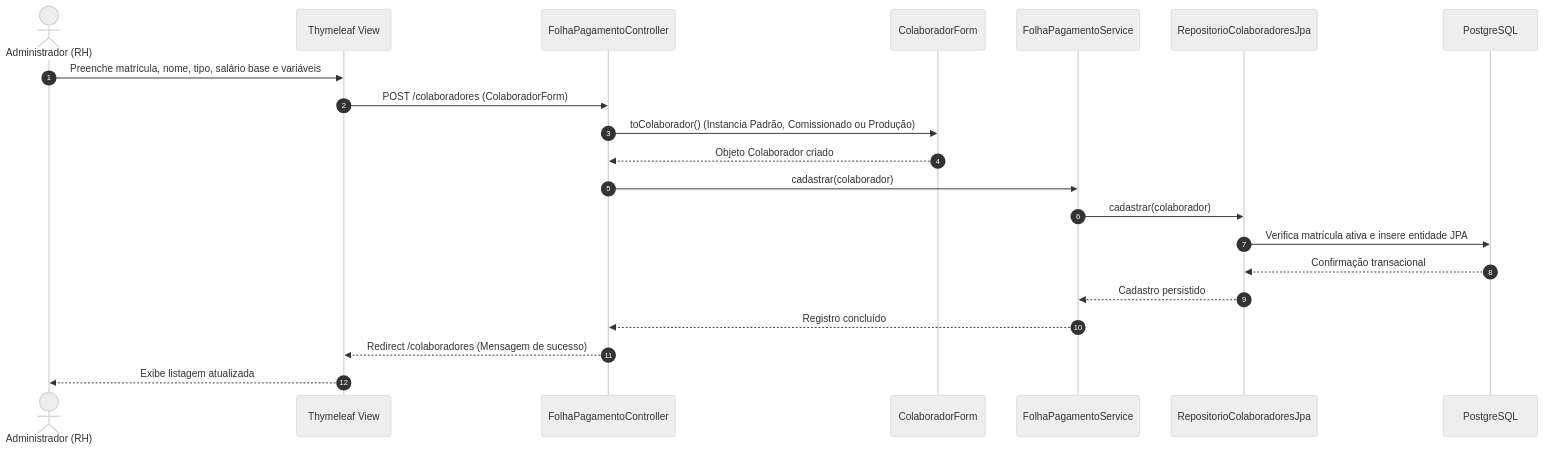
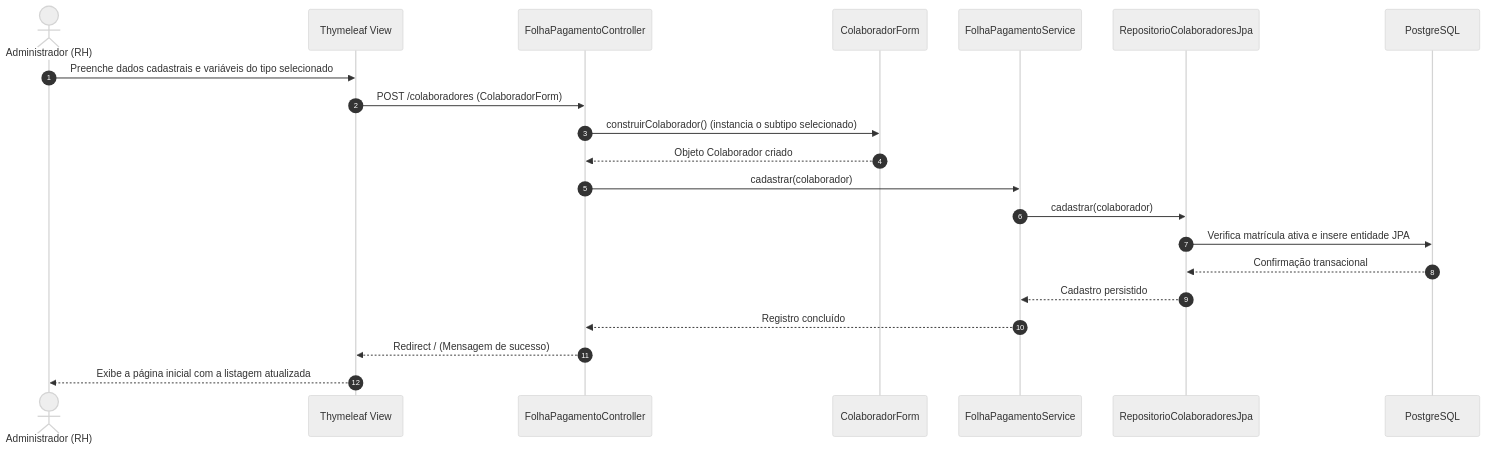
One commit to aruwer/FolhaPagamento changed the third of 5 diagrams in docs/Arquitetura.md. Above: the diagram before and after it, drawn with Mermaid (neutral theme). The commit also changed other lines of this file and 31 other files, not shown here.

````diff
--- a/docs/Arquitetura.md
+++ b/docs/Arquitetura.md
@@ -213,24 +244,24 @@
 ```mermaid
 sequenceDiagram
     autonumber
     actor Admin as Administrador (RH)
     participant View as Thymeleaf View
     participant Control as FolhaPagamentoController
     participant Form as ColaboradorForm
     participant Service as FolhaPagamentoService
     participant Repo as RepositorioColaboradoresJpa
     participant Db as PostgreSQL
 
-    Admin->>View: Preenche matrícula, nome, tipo, salário base e variáveis
+    Admin->>View: Preenche dados cadastrais e variáveis do tipo selecionado
     View->>Control: POST /colaboradores (ColaboradorForm)
-    Control->>Form: toColaborador() (Instancia Padrão, Comissionado ou Produção)
+    Control->>Form: construirColaborador() (instancia o subtipo selecionado)
     Form-->>Control: Objeto Colaborador criado
     Control->>Service: cadastrar(colaborador)
     Service->>Repo: cadastrar(colaborador)
     Repo->>Db: Verifica matrícula ativa e insere entidade JPA
     Db-->>Repo: Confirmação transacional
     Repo-->>Service: Cadastro persistido
     Service-->>Control: Registro concluído
-    Control-->>View: Redirect /colaboradores (Mensagem de sucesso)
-    View-->>Admin: Exibe listagem atualizada
+    Control-->>View: Redirect / (Mensagem de sucesso)
+    View-->>Admin: Exibe a página inicial com a listagem atualizada
 ```
````
